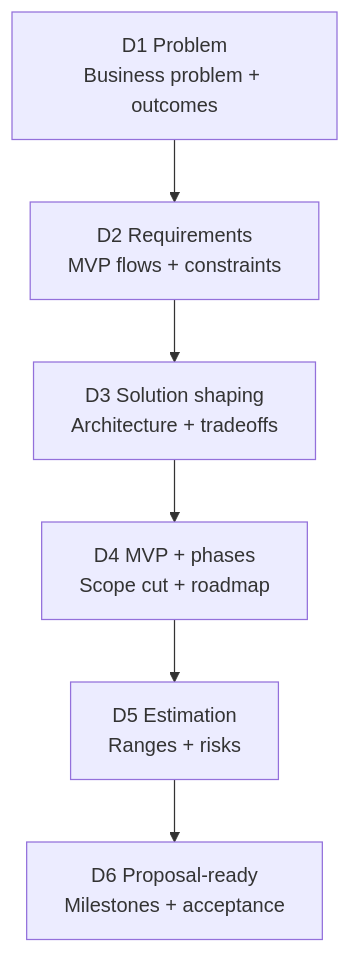
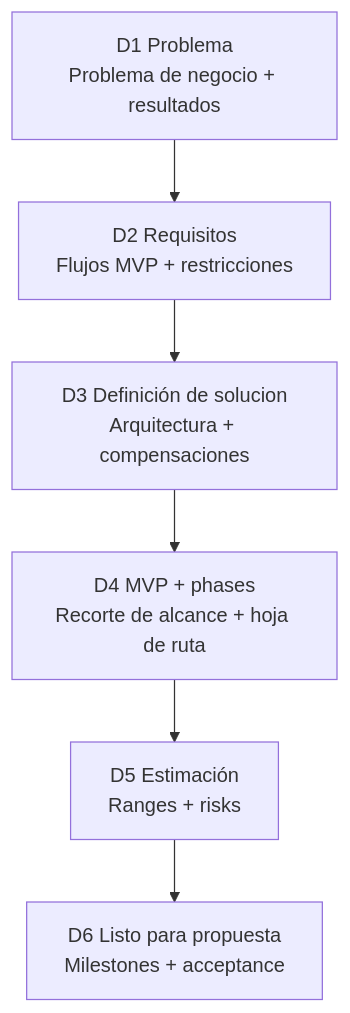
The diagram in website/i18n/es/docusaurus-plugin-content-docs/current/framework/decide.md (admin-feel-coding/feel-coding-docs), drawn with Mermaid before and after one commit. The commit also changed other lines of this file and 14 other files, not shown here.

````diff
--- a/website/i18n/es/docusaurus-plugin-content-docs/current/framework/decide.md
+++ b/website/i18n/es/docusaurus-plugin-content-docs/current/framework/decide.md
@@ -49,8 +49,8 @@
 ```mermaid
 flowchart TB
-    D1["D1 Problem<br/>Business problem + outcomes"] --> D2["D2 Requirements<br/>MVP flows + constraints"]
-    D2 --> D3["D3 Solution shaping<br/>Architecture + tradeoffs"]
-    D3 --> D4["D4 MVP + phases<br/>Scope cut + roadmap"]
-    D4 --> D5["D5 Estimation<br/>Ranges + risks"]
-    D5 --> D6["D6 Proposal-ready<br/>Milestones + acceptance"]
+    D1["D1 Problema<br/>Problema de negocio + resultados"] --> D2["D2 Requisitos<br/>Flujos MVP + restricciones"]
+    D2 --> D3["D3 Definición de solucion<br/>Arquitectura + compensaciones"]
+    D3 --> D4["D4 MVP + phases<br/>Recorte de alcance + hoja de ruta"]
+    D4 --> D5["D5 Estimación<br/>Ranges + risks"]
+    D5 --> D6["D6 Listo para propuesta<br/>Milestones + acceptance"]
 ```
````
